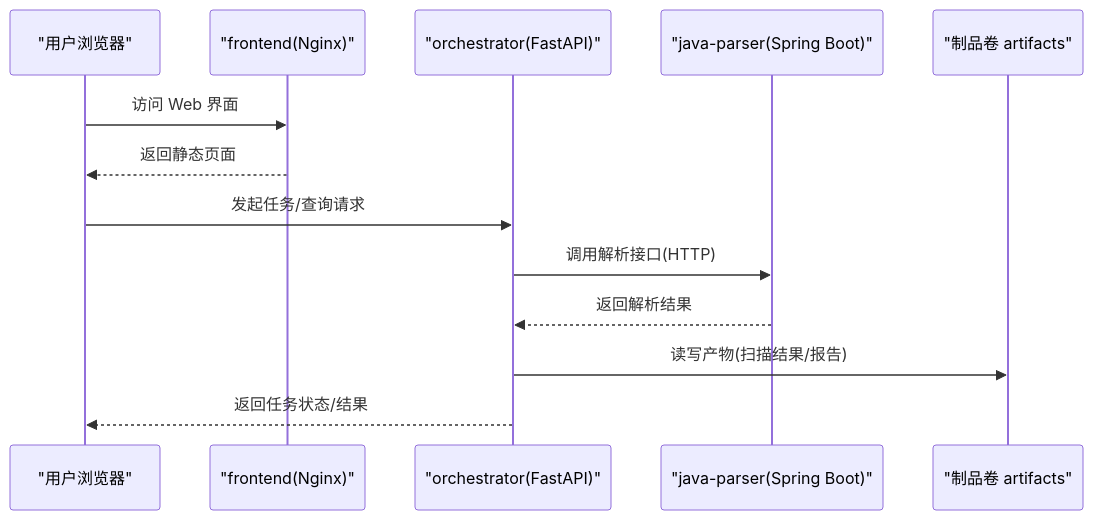
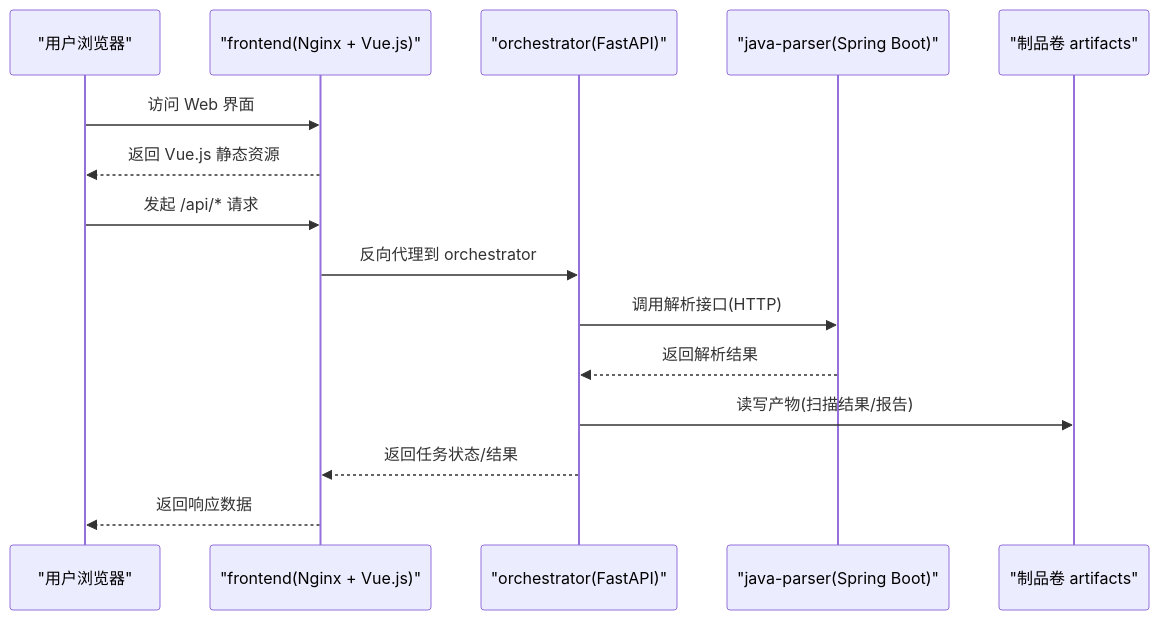
The second of 6 diagrams in .qoder/repowiki/zh/content/部署运维/容器化部署.md (Joeyzheng001/LLM-AutoTest), drawn with Mermaid before and after one commit. The commit also changed other lines of this file and 94 other files, not shown here.

````diff
--- a/.qoder/repowiki/zh/content/部署运维/容器化部署.md
+++ b/.qoder/repowiki/zh/content/部署运维/容器化部署.md
@@ -94,15 +106,17 @@
 ```mermaid
 sequenceDiagram
 participant U as "用户浏览器"
-participant FE as "frontend(Nginx)"
+participant FE as "frontend(Nginx + Vue.js)"
 participant OR as "orchestrator(FastAPI)"
 participant JP as "java-parser(Spring Boot)"
 participant V as "制品卷 artifacts"
 U->>FE : 访问 Web 界面
-FE-->>U : 返回静态页面
-U->>OR : 发起任务/查询请求
+FE-->>U : 返回 Vue.js 静态资源
+U->>FE : 发起 /api/* 请求
+FE->>OR : 反向代理到 orchestrator
 OR->>JP : 调用解析接口(HTTP)
 JP-->>OR : 返回解析结果
 OR->>V : 读写产物(扫描结果/报告)
-OR-->>U : 返回任务状态/结果
+OR-->>FE : 返回任务状态/结果
+FE-->>U : 返回响应数据
 ```
````
